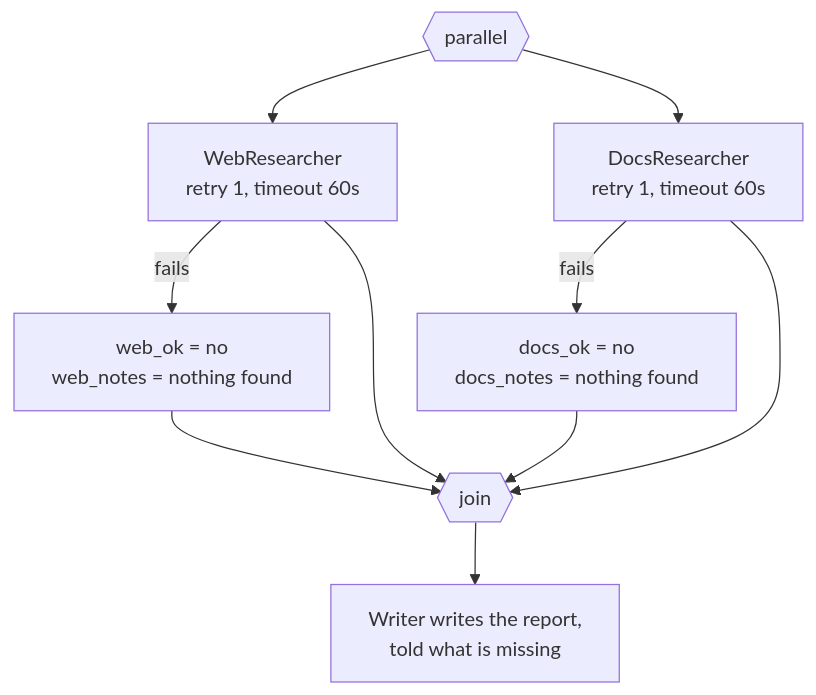
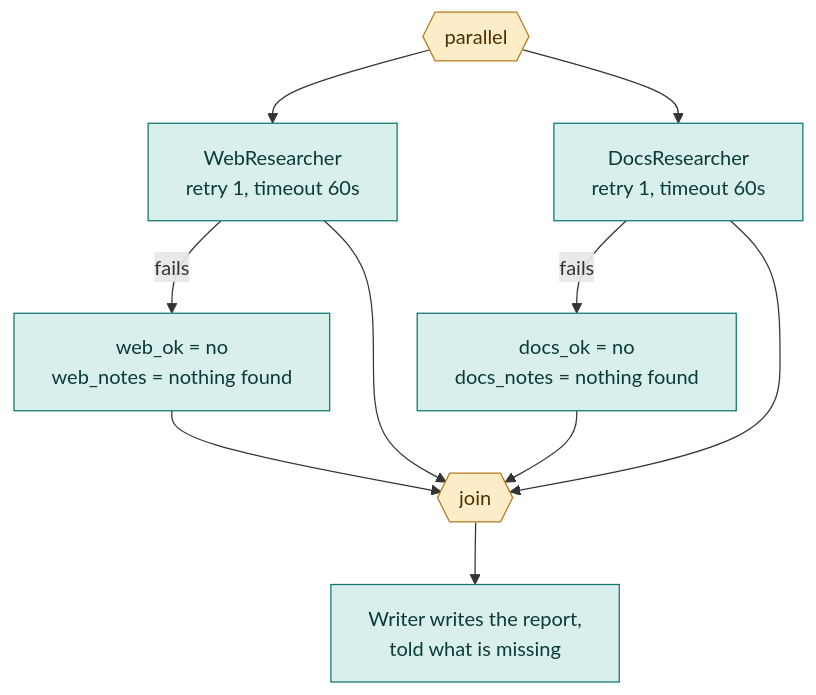
Before and after one commit to srijithunni7182/llm4j: the second of 2 diagrams in docs/tutorial/05-structured-answers-and-failure.md, drawn with Mermaid. The commit also changed 13 other files, not shown here.

First line of the commit message:
docs: give the tutorial's diagrams meaningful colours

````diff
--- a/docs/tutorial/05-structured-answers-and-failure.md
+++ b/docs/tutorial/05-structured-answers-and-failure.md
@@ -184,12 +184,16 @@
 ```mermaid
 flowchart TD
   P{{"parallel"}} --> W["WebResearcher<br/>retry 1, timeout 60s"]
   P --> D["DocsResearcher<br/>retry 1, timeout 60s"]
   W -- fails --> WF["web_ok = no<br/>web_notes = nothing found"]
   D -- fails --> DF["docs_ok = no<br/>docs_notes = nothing found"]
   W --> J{{"join"}}
   D --> J
   WF --> J
   DF --> J
   J --> R["Writer writes the report,<br/>told what is missing"]
+  classDef step fill:#d9efec,stroke:#0f766e,color:#0b3b37
+  classDef decision fill:#fdecc8,stroke:#b7791f,color:#4a3300
+  class W,D,WF,DF,R step
+  class P,J decision
 ```
````
